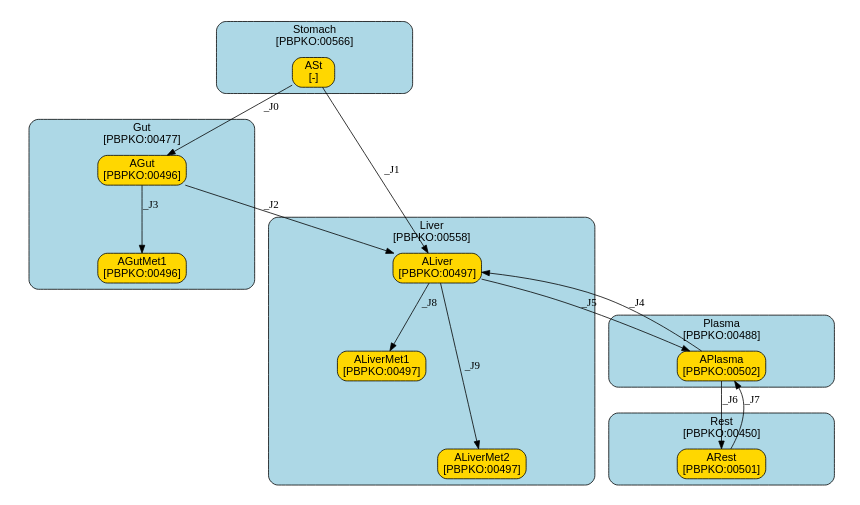
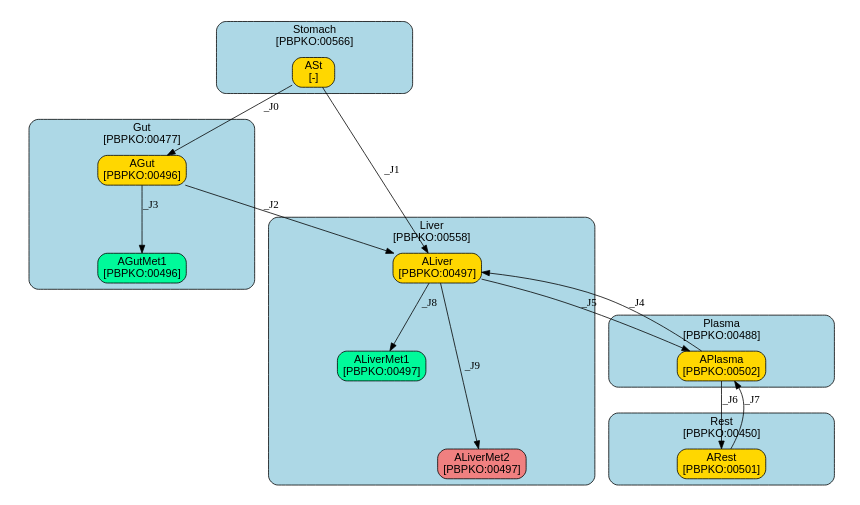
One commit to fair-pbk/exposure-route-pbk-models changed the diagram in models/oral/Bisphenols/Sharma/summary.dot. Above: the diagram before and after it, drawn with Graphviz. The commit also changed 151 other files, not shown here.

```diff
--- a/models/oral/Bisphenols/Sharma/summary.dot
+++ b/models/oral/Bisphenols/Sharma/summary.dot
@@ -1,130 +1,130 @@
 digraph {
 	graph [ratio=fill,
 		size="7,4"
 	];
 	node [fontname=Arial];
 	subgraph cluster_Stomach {
 		graph [color=black,
 			fillcolor=lightblue,
 			fontname=Arial,
 			href="#compartment-Stomach",
 			label="Stomach
 [PBPKO:00566]",
 			shape=box,
 			style="filled,rounded"
 		];
 		ASt	[color=black,
 			fillcolor=gold,
 			href="#species-ASt",
 			label="ASt
 [-]",
 			shape=box,
 			style="filled,rounded"];
 	}
 	subgraph cluster_Liver {
 		graph [color=black,
 			fillcolor=lightblue,
 			fontname=Arial,
 			href="#compartment-Liver",
 			label="Liver
 [PBPKO:00558]",
 			shape=box,
 			style="filled,rounded"
 		];
 		ALiver	[color=black,
 			fillcolor=gold,
 			href="#species-ALiver",
 			label="ALiver
 [PBPKO:00497]",
 			shape=box,
 			style="filled,rounded"];
 		ALiverMet1	[color=black,
-			fillcolor=gold,
+			fillcolor=mediumspringgreen,
 			href="#species-ALiverMet1",
 			label="ALiverMet1
 [PBPKO:00497]",
 			shape=box,
 			style="filled,rounded"];
 		ALiverMet2	[color=black,
-			fillcolor=gold,
+			fillcolor=lightcoral,
 			href="#species-ALiverMet2",
 			label="ALiverMet2
 [PBPKO:00497]",
 			shape=box,
 			style="filled,rounded"];
 	}
 	subgraph cluster_Plasma {
 		graph [color=black,
 			fillcolor=lightblue,
 			fontname=Arial,
 			href="#compartment-Plasma",
 			label="Plasma
 [PBPKO:00488]",
 			shape=box,
 			style="filled,rounded"
 		];
 		APlasma	[color=black,
 			fillcolor=gold,
 			href="#species-APlasma",
 			label="APlasma
 [PBPKO:00502]",
 			shape=box,
 			style="filled,rounded"];
 	}
 	subgraph cluster_Gut {
 		graph [color=black,
 			fillcolor=lightblue,
 			fontname=Arial,
 			href="#compartment-Gut",
 			label="Gut
 [PBPKO:00477]",
 			shape=box,
 			style="filled,rounded"
 		];
 		AGut	[color=black,
 			fillcolor=gold,
 			href="#species-AGut",
 			label="AGut
 [PBPKO:00496]",
 			shape=box,
 			style="filled,rounded"];
 		AGutMet1	[color=black,
-			fillcolor=gold,
+			fillcolor=mediumspringgreen,
 			href="#species-AGutMet1",
 			label="AGutMet1
 [PBPKO:00496]",
 			shape=box,
 			style="filled,rounded"];
 	}
 	subgraph cluster_Rest {
 		graph [color=black,
 			fillcolor=lightblue,
 			fontname=Arial,
 			href="#compartment-Rest",
 			label="Rest
 [PBPKO:00450]",
 			shape=box,
 			style="filled,rounded"
 		];
 		ARest	[color=black,
 			fillcolor=gold,
 			href="#species-ARest",
 			label="ARest
 [PBPKO:00501]",
 			shape=box,
 			style="filled,rounded"];
 	}
 	ASt -> ALiver	[label=_J1];
 	ASt -> AGut	[label=_J0];
 	ALiver -> ALiverMet1	[label=_J8,
 		minlen=1];
 	ALiver -> ALiverMet2	[label=_J9,
 		minlen=2];
 	ALiver -> APlasma	[label=_J5];
 	APlasma -> ALiver	[label=_J4];
 	APlasma -> ARest	[label=_J6];
 	AGut -> ALiver	[label=_J2];
 	AGut -> AGutMet1	[label=_J3,
 		minlen=1];
 	ARest -> APlasma	[label=_J7];
 }
```
